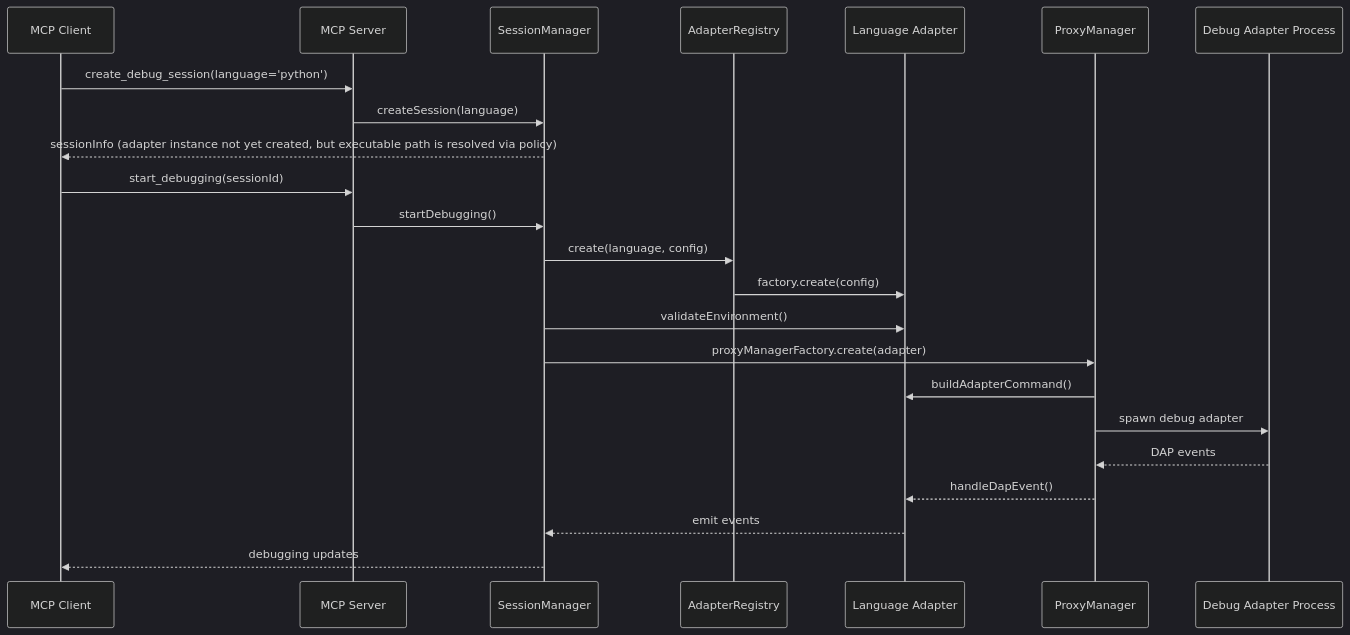
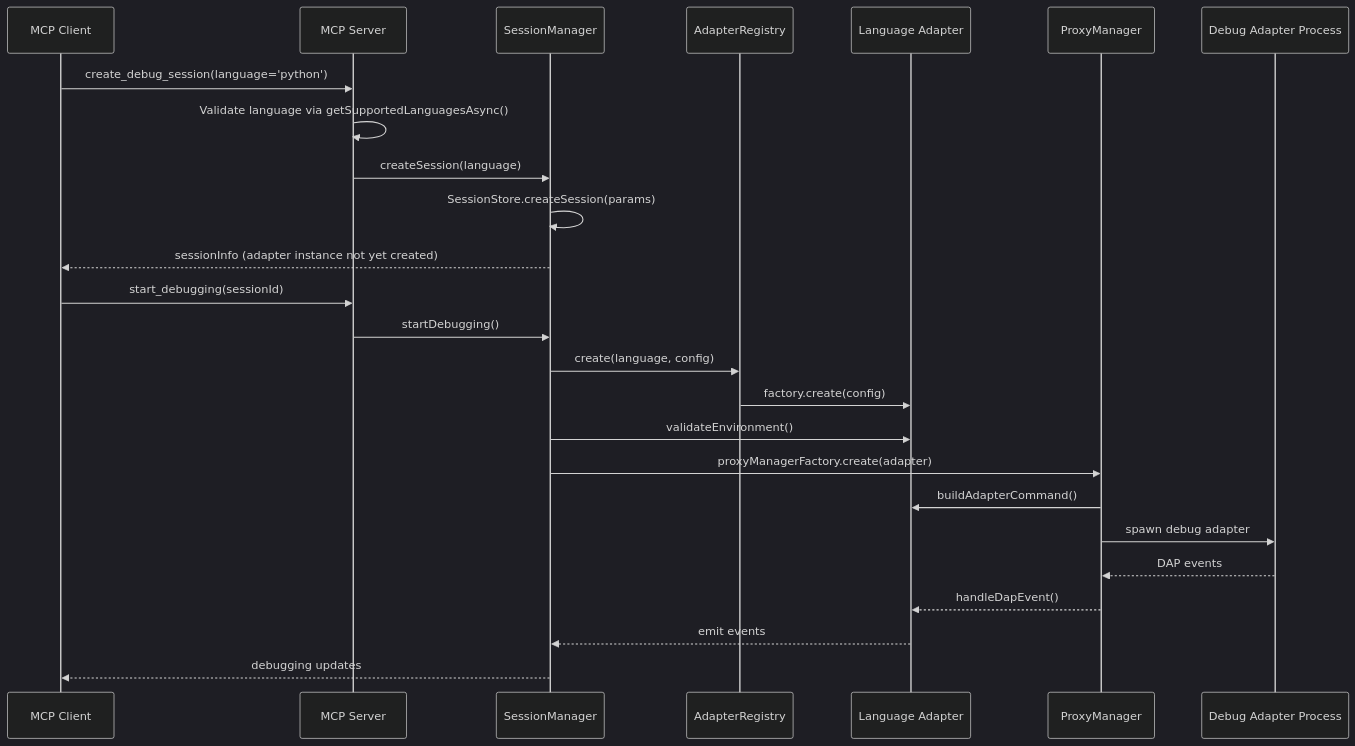
Before and after one commit to debugmcp/mcp-debugger: the diagram in docs/architecture/README.md, drawn with Mermaid (dark theme). The commit also changed other lines of this file and 48 other files, not shown here.

First line of the commit message:
docs: clarify adapter loading, error handling, logging, and language-specific guides

````diff
--- a/docs/architecture/README.md
+++ b/docs/architecture/README.md
@@ -70,28 +74,30 @@
 ```mermaid
 sequenceDiagram
     participant Client as MCP Client
     participant Server as MCP Server
     participant SM as SessionManager
     participant AR as AdapterRegistry
     participant Adapter as Language Adapter
     participant PM as ProxyManager
     participant DAP as Debug Adapter Process
     
     Client->>Server: create_debug_session(language='python')
+    Server->>Server: Validate language via getSupportedLanguagesAsync()
     Server->>SM: createSession(language)
-    SM-->>Client: sessionInfo (adapter instance not yet created, but executable path is resolved via policy)
+    SM->>SM: SessionStore.createSession(params)
+    SM-->>Client: sessionInfo (adapter instance not yet created)
 
     Client->>Server: start_debugging(sessionId)
     Server->>SM: startDebugging()
     SM->>AR: create(language, config)
     AR->>Adapter: factory.create(config)
     SM->>Adapter: validateEnvironment()
     SM->>PM: proxyManagerFactory.create(adapter)
     PM->>Adapter: buildAdapterCommand()
     PM->>DAP: spawn debug adapter
     
     DAP-->>PM: DAP events
     PM-->>Adapter: handleDapEvent()
     Adapter-->>SM: emit events
     SM-->>Client: debugging updates
 ```
````
